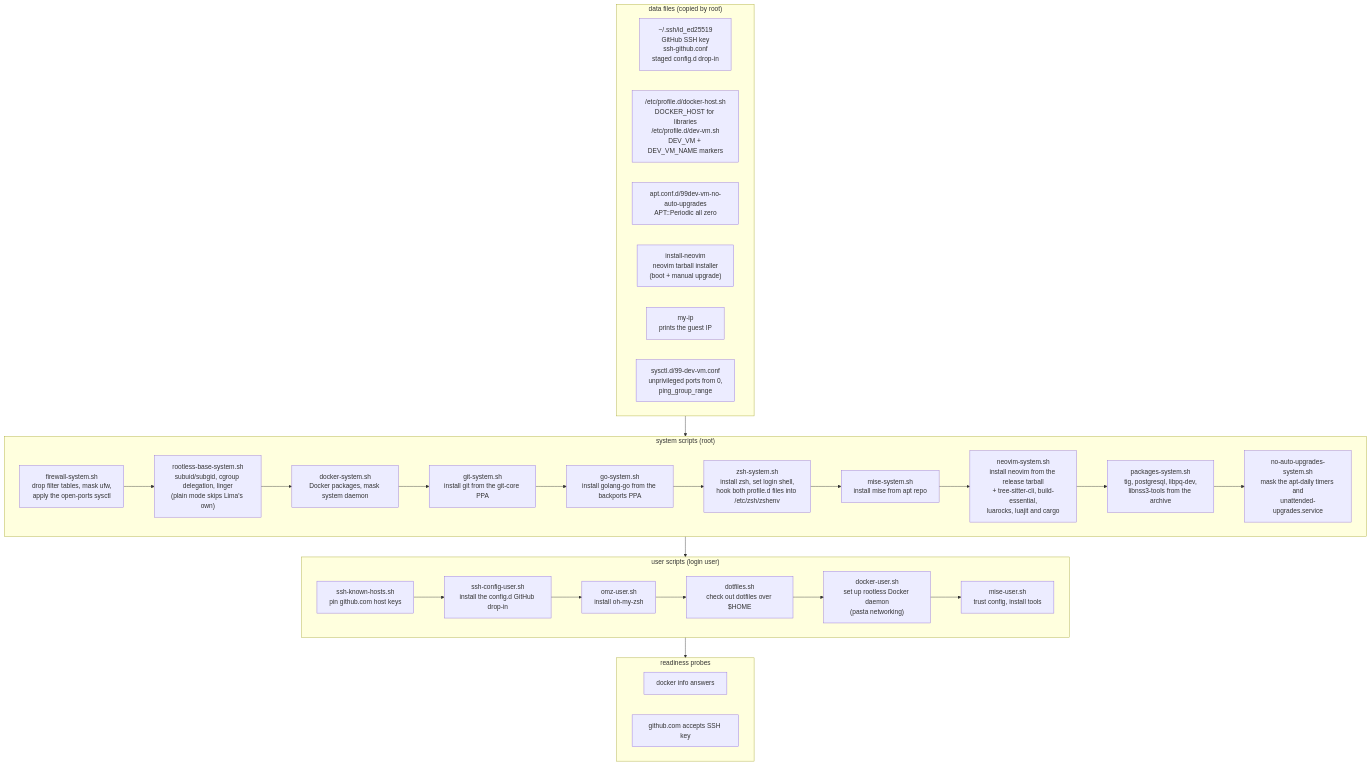
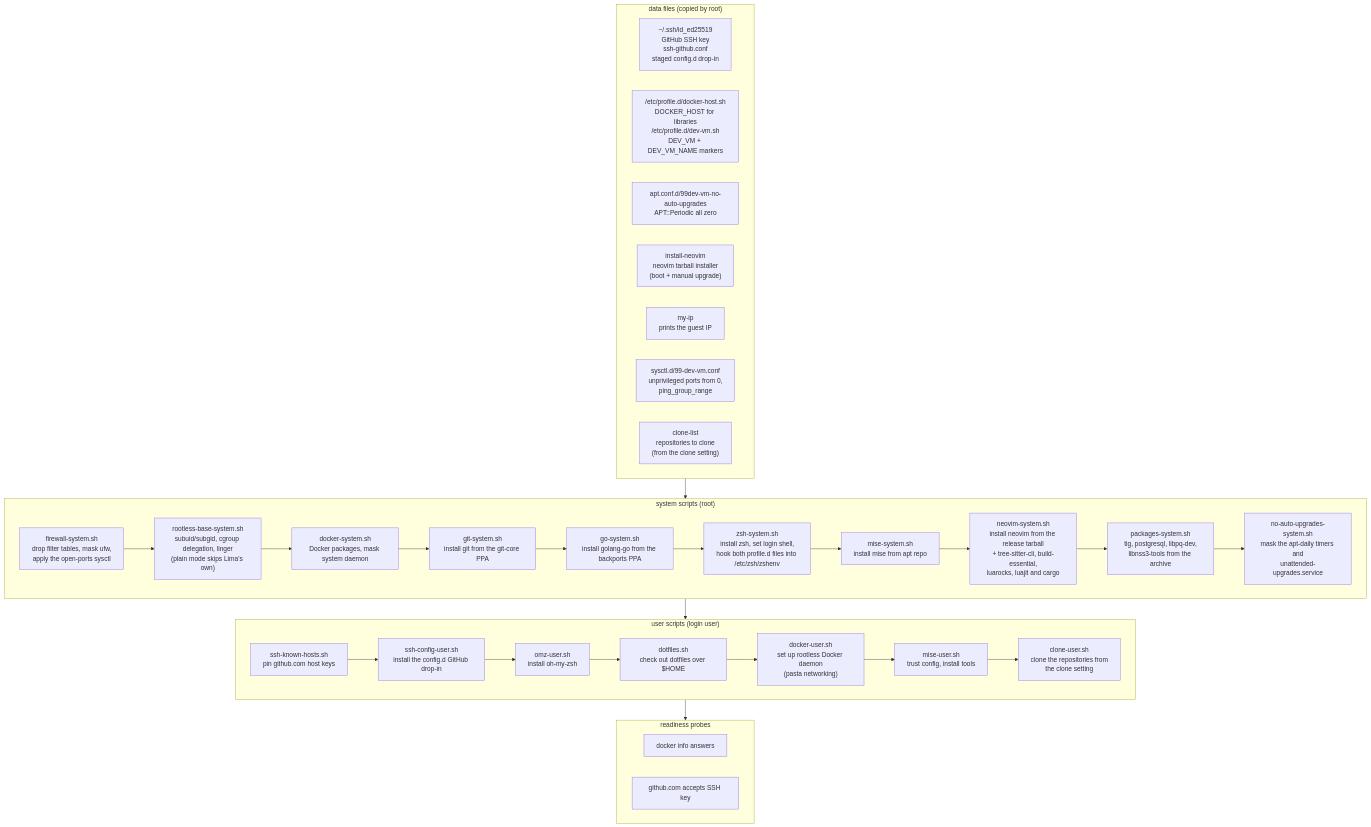
One commit to robsonpeixoto/dev-vm changed the diagram in README.md. Above: the diagram before and after it, drawn with Mermaid. The commit also changed other lines of this file and 6 other files, not shown here.

First line of the commit message:
feat: clone repositories listed in settings.json

````diff
--- a/README.md
+++ b/README.md
@@ -560,44 +592,46 @@
 ```mermaid
 flowchart TD
     subgraph data["data files (copied by root)"]
         d1["~/.ssh/id_ed25519<br>GitHub SSH key<br>ssh-github.conf<br>staged config.d drop-in"]
         d2["/etc/profile.d/docker-host.sh<br>DOCKER_HOST for libraries<br>/etc/profile.d/dev-vm.sh<br>DEV_VM + DEV_VM_NAME markers"]
         d3["apt.conf.d/99dev-vm-no-auto-upgrades<br>APT::Periodic all zero"]
         d4["install-neovim<br>neovim tarball installer<br>(boot + manual upgrade)"]
         d5["my-ip<br>prints the guest IP"]
         d6["sysctl.d/99-dev-vm.conf<br>unprivileged ports from 0,<br>ping_group_range"]
+        d7["clone-list<br>repositories to clone<br>(from the clone setting)"]
     end
 
     subgraph system["system scripts (root)"]
         s0["firewall-system.sh<br>drop filter tables, mask ufw,<br>apply the open-ports sysctl"]
         s0b["rootless-base-system.sh<br>subuid/subgid, cgroup delegation, linger<br>(plain mode skips Lima's own)"]
         s1["docker-system.sh<br>Docker packages, mask system daemon"]
         s1b["git-system.sh<br>install git from the git-core PPA"]
         s1c["go-system.sh<br>install golang-go from the backports PPA"]
         s2["zsh-system.sh<br>install zsh, set login shell,<br>hook both profile.d files into /etc/zsh/zshenv"]
         s3["mise-system.sh<br>install mise from apt repo"]
         s4["neovim-system.sh<br>install neovim from the release tarball<br>+ tree-sitter-cli, build-essential,<br>luarocks, luajit and cargo"]
         s4b["packages-system.sh<br>tig, postgresql, libpq-dev,<br>libnss3-tools from the archive"]
         s5["no-auto-upgrades-system.sh<br>mask the apt-daily timers and<br>unattended-upgrades.service"]
     end
 
     subgraph user["user scripts (login user)"]
         u1["ssh-known-hosts.sh<br>pin github.com host keys"]
         u1b["ssh-config-user.sh<br>install the config.d GitHub drop-in"]
         u2["omz-user.sh<br>install oh-my-zsh"]
         u3["dotfiles.sh<br>check out dotfiles over $HOME"]
         u4["docker-user.sh<br>set up rootless Docker daemon<br>(pasta networking)"]
         u5["mise-user.sh<br>trust config, install tools"]
+        u6["clone-user.sh<br>clone the repositories from<br>the clone setting"]
     end
 
     subgraph probes["readiness probes"]
         p1["docker info answers"]
         p2["github.com accepts SSH key"]
     end
 
     data --> system
     s0 --> s0b --> s1 --> s1b --> s1c --> s2 --> s3 --> s4 --> s4b --> s5
     system --> user
-    u1 --> u1b --> u2 --> u3 --> u4 --> u5
+    u1 --> u1b --> u2 --> u3 --> u4 --> u5 --> u6
     user --> probes
 ```
````
